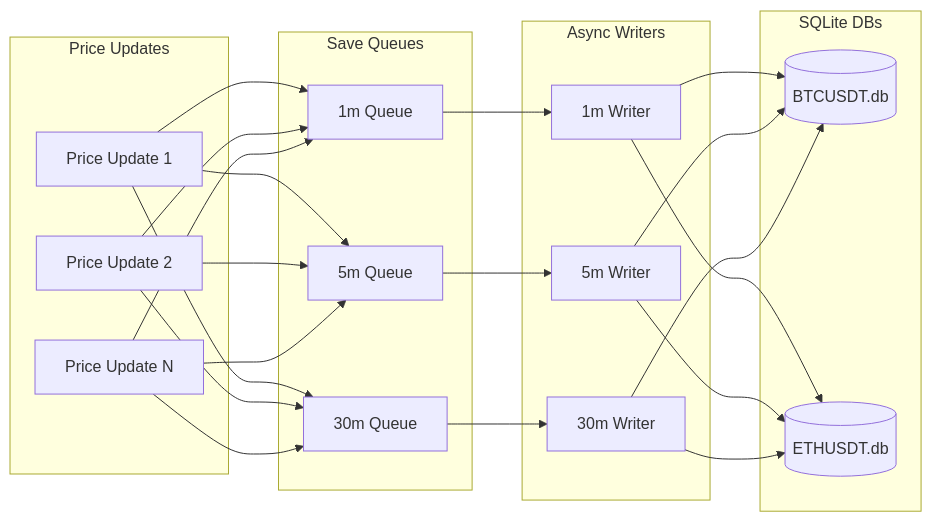
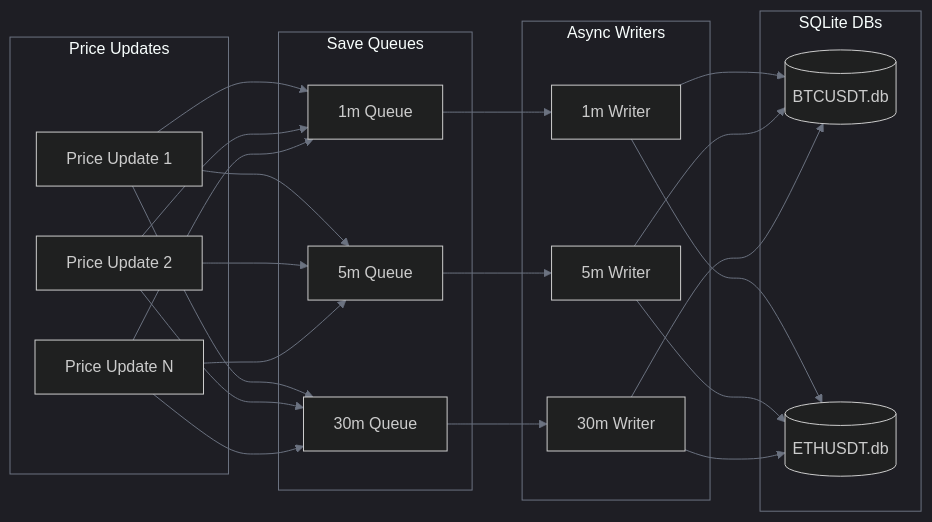
One commit to pde-rent/1edge changed the sixth of 6 diagrams in docs/1edge/storage.md. Above: the diagram before and after it, drawn with Mermaid. The commit also changed other lines of this file and 23 other files, not shown here.

````diff
--- a/docs/1edge/storage.md
+++ b/docs/1edge/storage.md
@@ -466,48 +470,49 @@
 ```mermaid
+%%{init: {'theme':'dark', 'themeVariables': {'primaryColor':'#22c55e','background':'transparent','primaryBorderColor':'#22c55e','lineColor':'#6b7280','sectionBkgColor':'transparent','altSectionBkgColor':'transparent','clusterBkg':'transparent','clusterBorder':'#6b7280'}}}%%
 graph LR
     subgraph "Price Updates"
         P1[Price Update 1]
         P2[Price Update 2]
         P3[Price Update N]
     end
     
     subgraph "Save Queues"
         Q1[1m Queue]
         Q5[5m Queue]
         Q30[30m Queue]
     end
     
     subgraph "Async Writers"
         W1[1m Writer]
         W5[5m Writer]  
         W30[30m Writer]
     end
     
     subgraph "SQLite DBs"
         DB1[(BTCUSDT.db)]
         DB2[(ETHUSDT.db)]
     end
     
     P1 --> Q1
     P1 --> Q5
     P1 --> Q30
     
     P2 --> Q1
     P2 --> Q5
     P2 --> Q30
     
     P3 --> Q1
     P3 --> Q5
     P3 --> Q30
     
     Q1 --> W1
     Q5 --> W5
     Q30 --> W30
     
     W1 --> DB1
     W1 --> DB2
     W5 --> DB1
     W5 --> DB2
     W30 --> DB1
     W30 --> DB2
 ```
````
